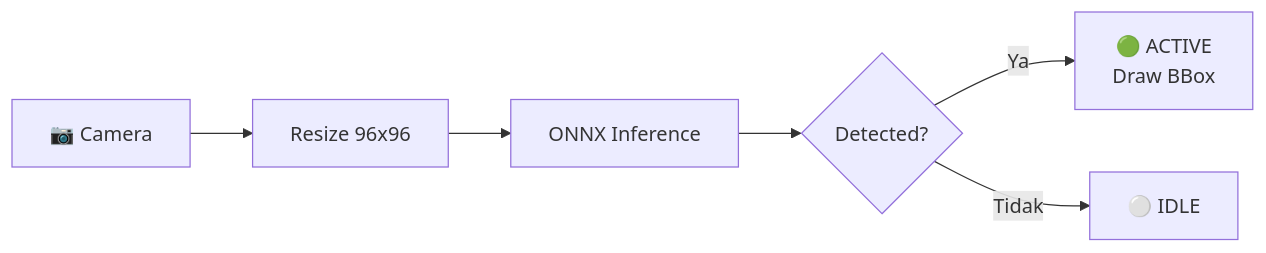
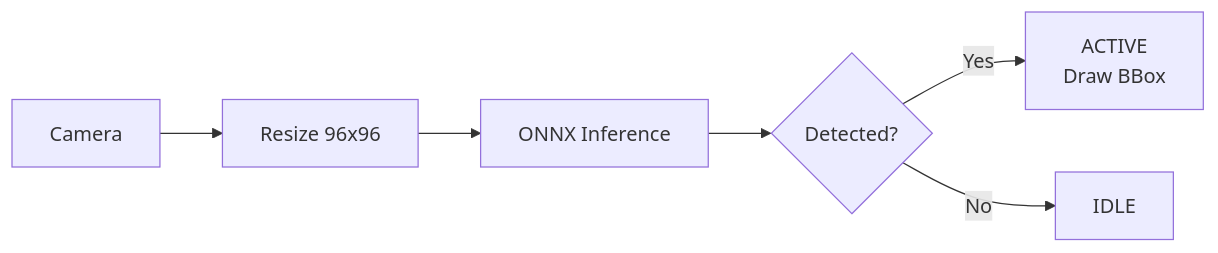
One commit to eLsann/model-esp32 changed the third of 4 diagrams in README.md. Above: the diagram before and after it, drawn with Mermaid. The commit also changed other lines of this file, not shown here.

````diff
--- a/README.md
+++ b/README.md
@@ -77,8 +77,8 @@
 ```mermaid
 flowchart LR
-    A["📷 Camera"] --> B["Resize 96x96"]
+    A["Camera"] --> B["Resize 96x96"]
     B --> C["ONNX Inference"]
     C --> D{"Detected?"}
-    D -->|Ya| E["🟢 ACTIVE<br/>Draw BBox"]
-    D -->|Tidak| F["⚪ IDLE"]
+    D -->|Yes| E["ACTIVE<br/>Draw BBox"]
+    D -->|No| F["IDLE"]
 ```
````
